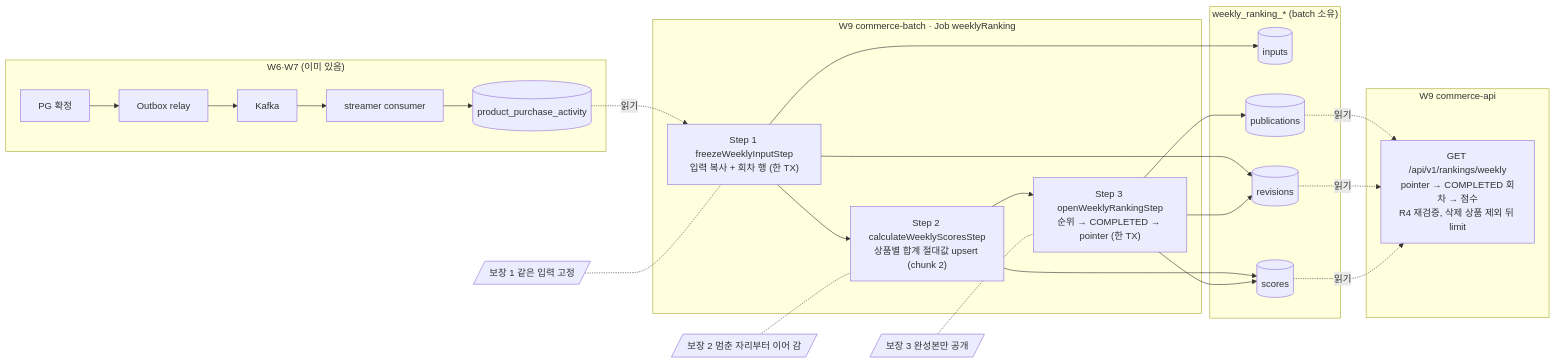
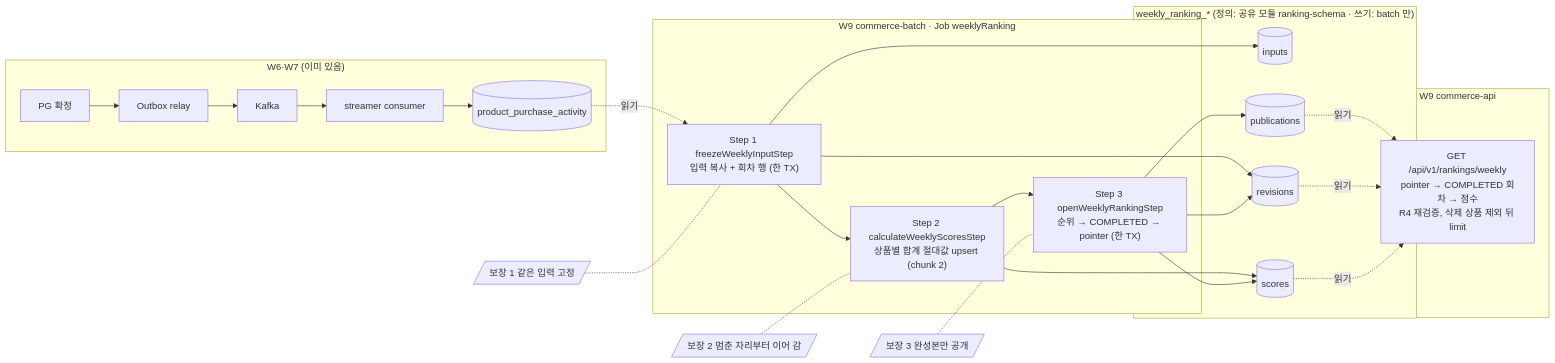
Before and after one commit to loopers-labs/loop-pack-be-l2-vol5-java: the first of 3 diagrams in docs/week9/diagrams.md, drawn with Mermaid. The commit also changed other lines of this file and 3 other files, not shown here.

Commit message:
docs: 재시작 테스트 순서·ranking-schema 모듈 반영 (8절, 다이어그램, 테이블 구성도, DDL 머리말)

````diff
--- a/docs/week9/diagrams.md
+++ b/docs/week9/diagrams.md
@@ -7,35 +7,35 @@
 ```mermaid
 flowchart LR
     subgraph W67["W6·W7 (이미 있음)"]
         PG[PG 확정] --> OB[Outbox relay] --> K[Kafka] --> C[streamer consumer]
         C --> PPA[(product_purchase_activity)]
     end
 
     subgraph W9B["W9 commerce-batch · Job weeklyRanking"]
         S1["Step 1 freezeWeeklyInputStep<br/>입력 복사 + 회차 행 (한 TX)"]
         S2["Step 2 calculateWeeklyScoresStep<br/>상품별 합계 절대값 upsert (chunk 2)"]
         S3["Step 3 openWeeklyRankingStep<br/>순위 → COMPLETED → pointer (한 TX)"]
         S1 --> S2 --> S3
     end
 
-    subgraph DB["weekly_ranking_* (batch 소유)"]
+    subgraph DB["weekly_ranking_* (정의: 공유 모듈 ranking-schema · 쓰기: batch 만)"]
         IN[(inputs)]
         REV[(revisions)]
         SC[(scores)]
         PUB[(publications)]
     end
 
     subgraph W9A["W9 commerce-api"]
         API["GET /api/v1/rankings/weekly<br/>pointer → COMPLETED 회차 → 점수<br/>R4 재검증, 삭제 상품 제외 뒤 limit"]
     end
 
     PPA -.읽기.-> S1
     S1 --> IN & REV
     S2 --> SC
     S3 --> SC & REV & PUB
     PUB & REV & SC -.읽기.-> API
 
     G1[/"보장 1 같은 입력 고정"/] -.- S1
     G2[/"보장 2 멈춘 자리부터 이어 감"/] -.- S2
     G3[/"보장 3 완성본만 공개"/] -.- S3
 ```
````
